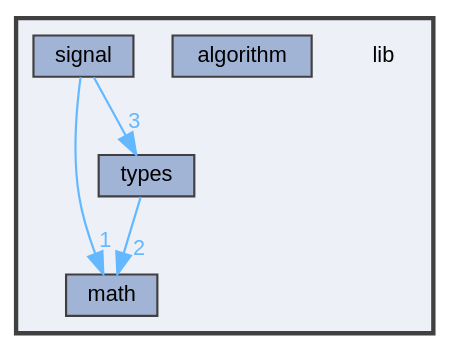
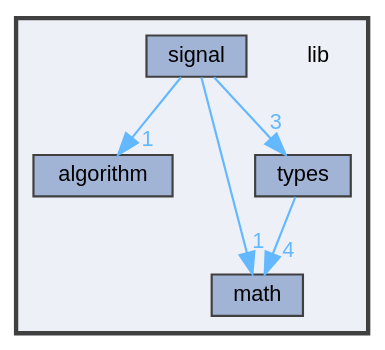
The diagram in dir_97aefd0d527b934f1d99a682da8fe6a9_dep.dot (pawelekg95/algopp), drawn with Graphviz before and after one commit. The commit also changed 136 other files, not shown here.

```diff
--- a/dir_97aefd0d527b934f1d99a682da8fe6a9_dep.dot
+++ b/dir_97aefd0d527b934f1d99a682da8fe6a9_dep.dot
@@ -1,19 +1,20 @@
 digraph "lib"
 {
  // LATEX_PDF_SIZE
   bgcolor="transparent";
   edge [fontname=Helvetica,fontsize=10,labelfontname=Helvetica,labelfontsize=10];
   node [fontname=Helvetica,fontsize=10,shape=box,height=0.2,width=0.4];
   compound=true
   subgraph clusterdir_97aefd0d527b934f1d99a682da8fe6a9 {
     graph [ bgcolor="#edf0f7", pencolor="grey25", label="", fontname=Helvetica,fontsize=10 style="filled,bold", URL="dir_97aefd0d527b934f1d99a682da8fe6a9.html",tooltip=""]
     dir_97aefd0d527b934f1d99a682da8fe6a9 [shape=plaintext, label="lib"];
   dir_f5dd86dbd9583e7b6fc3983d3949da68 [label="algorithm", fillcolor="#a2b4d6", color="grey25", style="filled", URL="dir_f5dd86dbd9583e7b6fc3983d3949da68.html",tooltip=""];
   dir_a36354df93aef5eec904487b77fa4fab [label="math", fillcolor="#a2b4d6", color="grey25", style="filled", URL="dir_a36354df93aef5eec904487b77fa4fab.html",tooltip=""];
   dir_85595cb542db97c92303133db6d9ba0a [label="signal", fillcolor="#a2b4d6", color="grey25", style="filled", URL="dir_85595cb542db97c92303133db6d9ba0a.html",tooltip=""];
   dir_560694f03ee5bf1136d79e4f1ca1ca37 [label="types", fillcolor="#a2b4d6", color="grey25", style="filled", URL="dir_560694f03ee5bf1136d79e4f1ca1ca37.html",tooltip=""];
   }
   dir_85595cb542db97c92303133db6d9ba0a->dir_a36354df93aef5eec904487b77fa4fab [headlabel="1", labeldistance=1.5 headhref="dir_000013_000011.html" color="steelblue1" fontcolor="steelblue1"];
+  dir_85595cb542db97c92303133db6d9ba0a->dir_f5dd86dbd9583e7b6fc3983d3949da68 [headlabel="1", labeldistance=1.5 headhref="dir_000013_000000.html" color="steelblue1" fontcolor="steelblue1"];
   dir_85595cb542db97c92303133db6d9ba0a->dir_560694f03ee5bf1136d79e4f1ca1ca37 [headlabel="3", labeldistance=1.5 headhref="dir_000013_000016.html" color="steelblue1" fontcolor="steelblue1"];
-  dir_560694f03ee5bf1136d79e4f1ca1ca37->dir_a36354df93aef5eec904487b77fa4fab [headlabel="2", labeldistance=1.5 headhref="dir_000016_000011.html" color="steelblue1" fontcolor="steelblue1"];
+  dir_560694f03ee5bf1136d79e4f1ca1ca37->dir_a36354df93aef5eec904487b77fa4fab [headlabel="4", labeldistance=1.5 headhref="dir_000016_000011.html" color="steelblue1" fontcolor="steelblue1"];
 }
```
